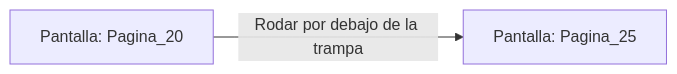
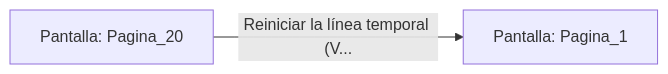
One commit to metsuke/mpl changed the diagram in sample/eligejuego-vault/Pantalla_Pagina_20.md. Above: the diagram before and after it, drawn with Mermaid. The commit also changed other lines of this file and 635 other files, not shown here.

First line of the commit message:
fix: añadir Pagina_1 como pantalla inicial en capitulo_01.mpl

````diff
--- a/sample/eligejuego-vault/Pantalla_Pagina_20.md
+++ b/sample/eligejuego-vault/Pantalla_Pagina_20.md
@@ -14,5 +17,5 @@
 ```mermaid
 graph LR
     P_Pagina_20["Pantalla: Pagina_20"]
-    P_Pagina_20 -->|"Rodar por debajo de la trampa"| P_Pagina_25["Pantalla: Pagina_25"]
+    P_Pagina_20 -->|"Reiniciar la línea temporal (V..."| P_Pagina_1["Pantalla: Pagina_1"]
 ```
````
